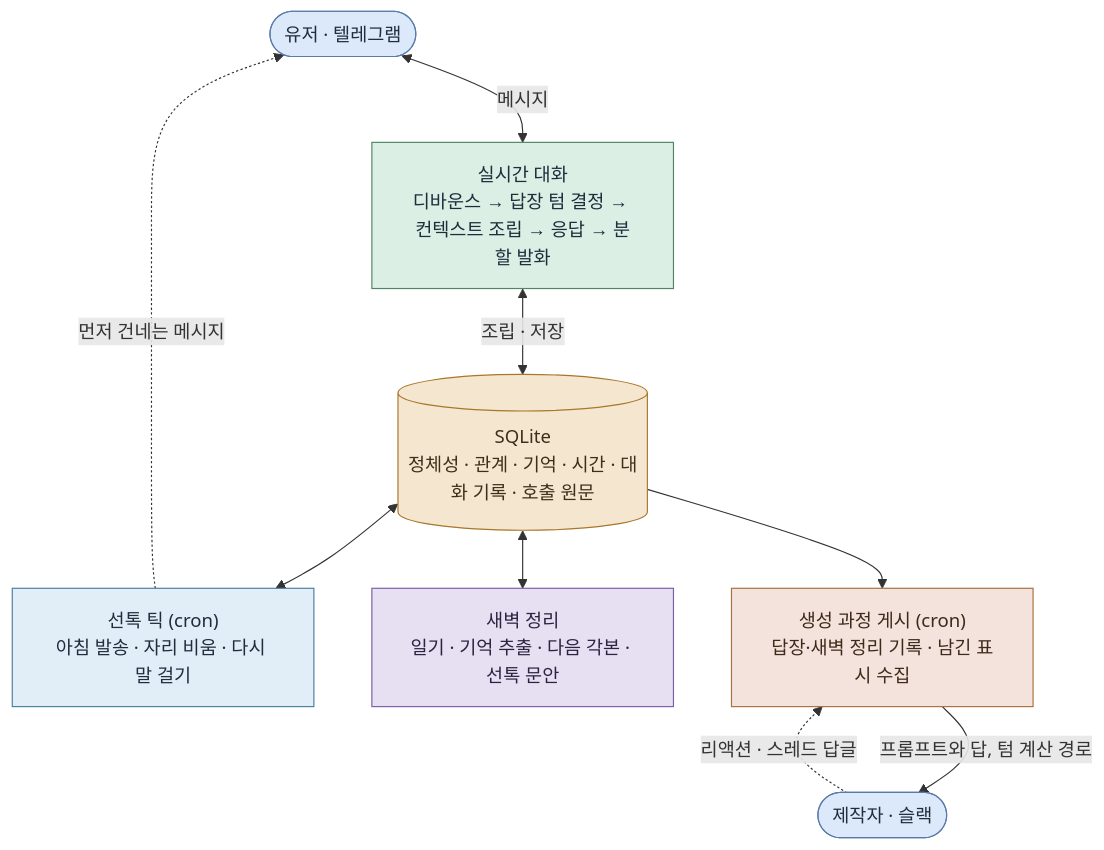
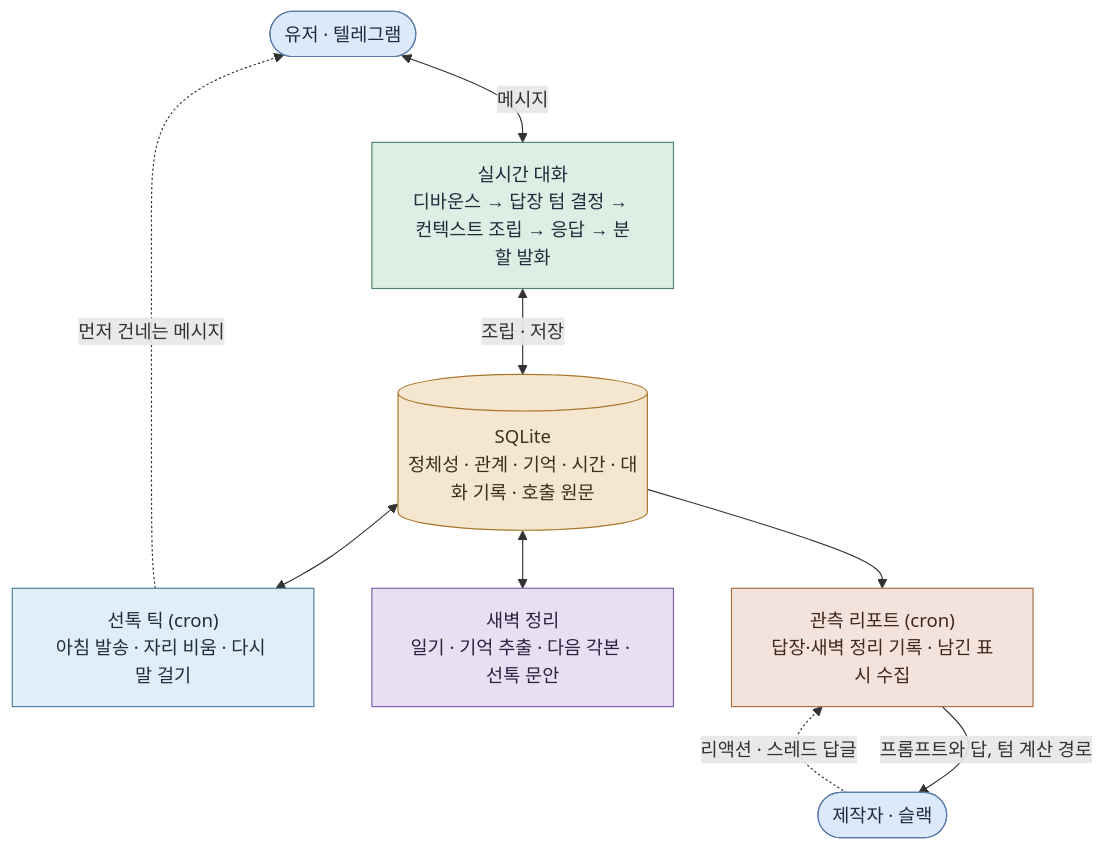
The diagram in README.md (hyewon3938/random-ai-companion), drawn with Mermaid before and after one commit. The commit also changed other lines of this file, not shown here.

````diff
--- a/README.md
+++ b/README.md
@@ -310,25 +310,25 @@
 ```mermaid
 graph TB
     U(["유저 · 텔레그램"])
     BOT["실시간 대화<br/>디바운스 → 답장 텀 결정 → 컨텍스트 조립 → 응답 → 분할 발화"]
     MEM[("SQLite<br/>정체성 · 관계 · 기억 · 시간 · 대화 기록 · 호출 원문")]
     TICK["선톡 틱 (cron)<br/>아침 발송 · 자리 비움 · 다시 말 걸기"]
     BATCH["새벽 정리<br/>일기 · 기억 추출 · 다음 각본 · 선톡 문안"]
-    OBS["생성 과정 게시 (cron)<br/>답장·새벽 정리 기록 · 남긴 표시 수집"]
+    OBS["관측 리포트 (cron)<br/>답장·새벽 정리 기록 · 남긴 표시 수집"]
     DEV(["제작자 · 슬랙"])
     U <-->|메시지| BOT
     BOT <-->|조립 · 저장| MEM
     MEM <--> BATCH
     MEM <--> TICK
     TICK -.->|먼저 건네는 메시지| U
     MEM --> OBS
     OBS -->|프롬프트와 답, 텀 계산 경로| DEV
     DEV -.->|리액션 · 스레드 답글| OBS
     style U fill:#dbe9fb,stroke:#5a7aa8,color:#1f2d3d
     style BOT fill:#dcefe4,stroke:#4f8468,color:#1f2d3d
     style MEM fill:#f5e7cf,stroke:#a9762a,color:#3d2f1a
     style TICK fill:#e2eef7,stroke:#4a7f9e,color:#1f2d3d
     style BATCH fill:#e7dff2,stroke:#7b5ea8,color:#2d2340
     style OBS fill:#f3e3dc,stroke:#a8703f,color:#3d2a1a
     style DEV fill:#dbe9fb,stroke:#5a7aa8,color:#1f2d3d
 ```
````
